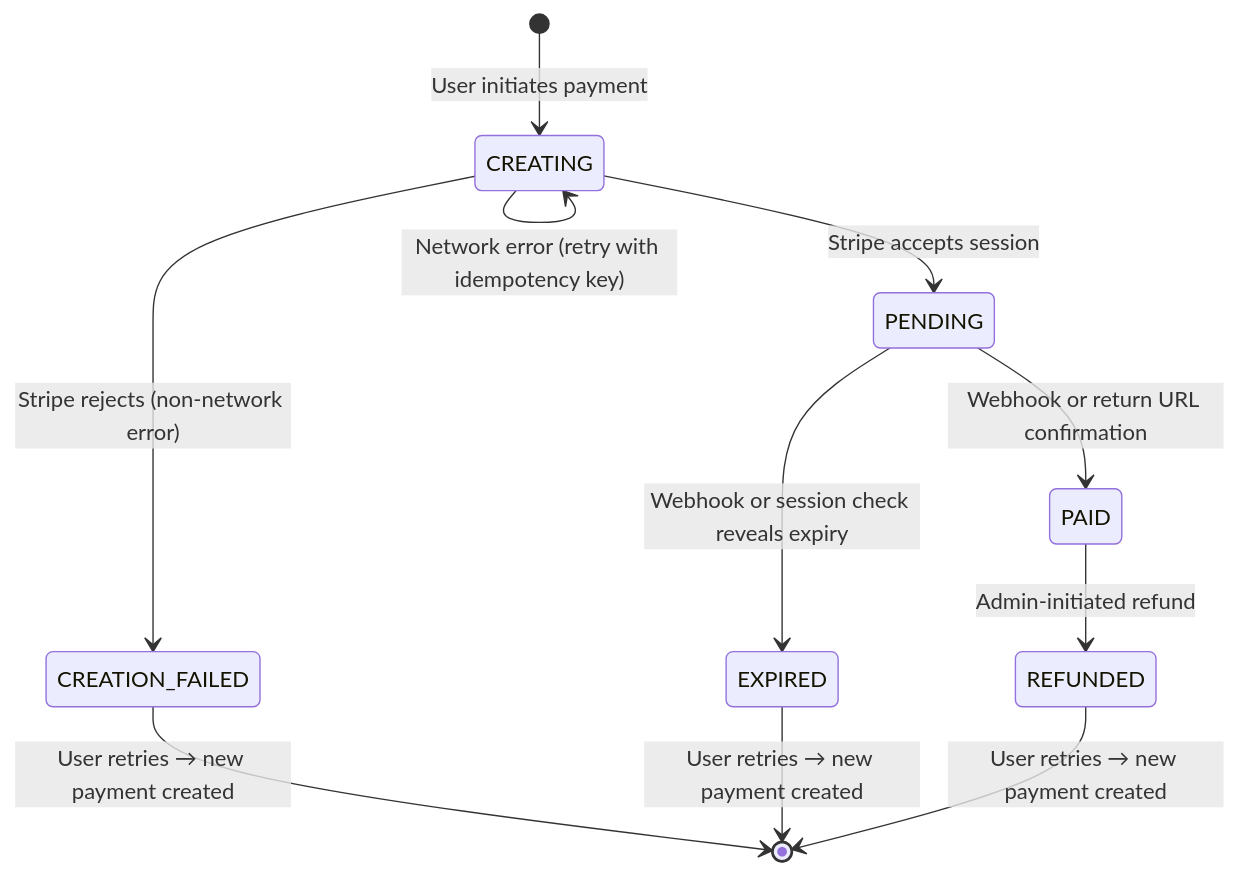
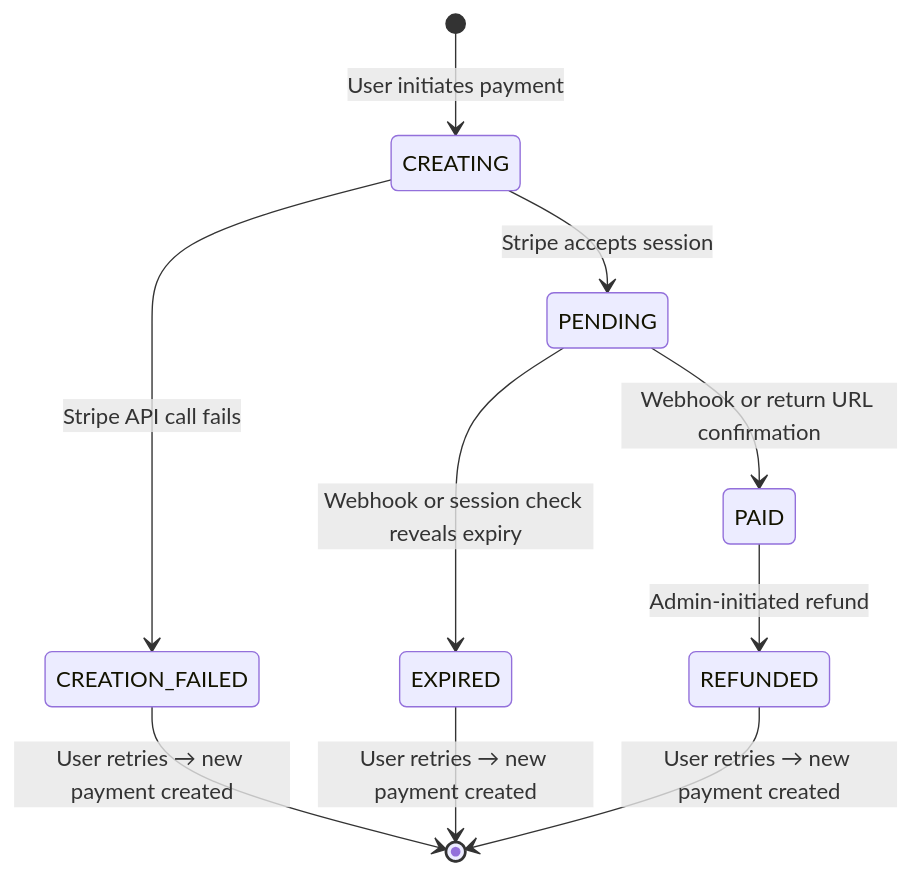
The diagram in docs/payments.md (Kaplaaki/ilmomasiina), drawn with Mermaid before and after one commit. The commit also changed other lines of this file and 21 other files, not shown here.

````diff
--- a/docs/payments.md
+++ b/docs/payments.md
@@ -18,17 +18,16 @@
 ```mermaid
 stateDiagram-v2
     [*] --> CREATING: User initiates payment
 
     CREATING --> PENDING: Stripe accepts session
-    CREATING --> CREATION_FAILED: Stripe rejects (non-network error)
-    CREATING --> CREATING: Network error (retry with idempotency key)
+    CREATING --> CREATION_FAILED: Stripe API call fails
 
     PENDING --> PAID: Webhook or return URL confirmation
     PENDING --> EXPIRED: Webhook or session check reveals expiry
 
     PAID --> REFUNDED: Admin-initiated refund
 
     CREATION_FAILED --> [*]: User retries → new payment created
     EXPIRED --> [*]: User retries → new payment created
     REFUNDED --> [*]: User retries → new payment created
 ```
````
